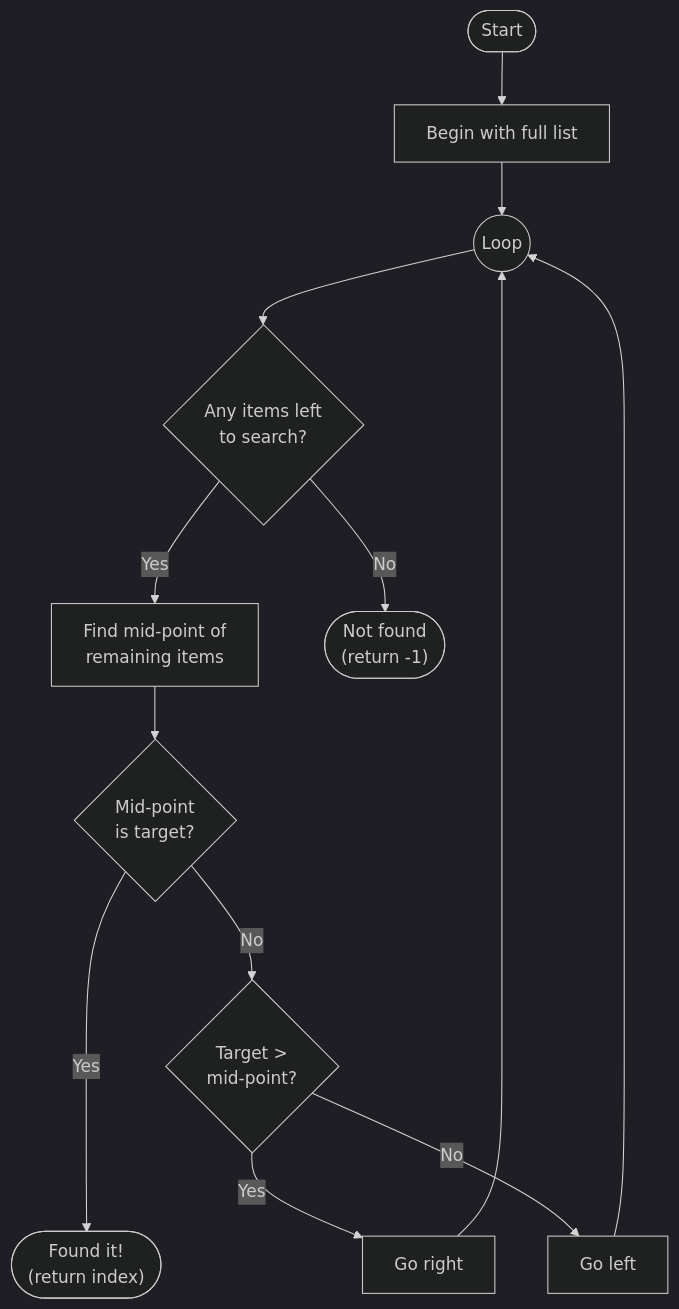
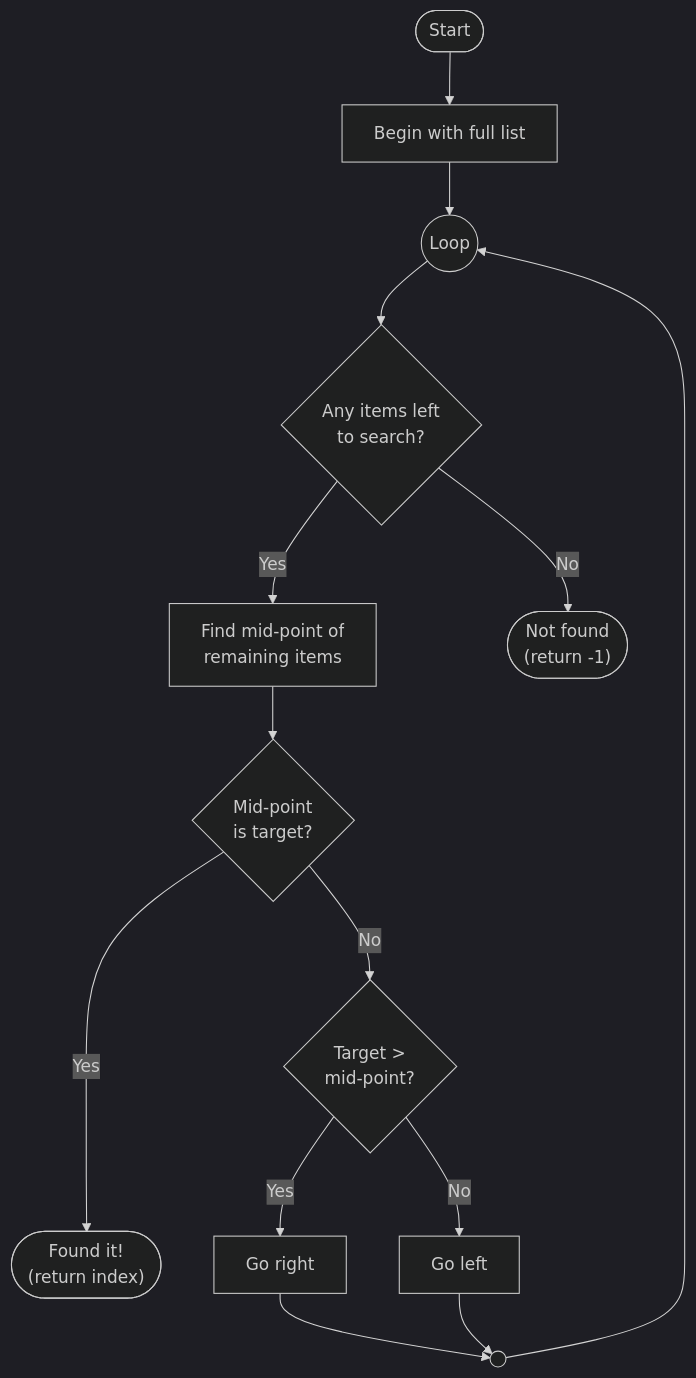
One commit to waimea-dt/how-do-i changed the second of 2 diagrams in docs/programming/algorithms/searching.md. Above: the diagram before and after it, drawn with Mermaid (dark theme). The commit also changed 2 other files, not shown here.

Commit message:
Tree traversal notes finished

````diff
--- a/docs/programming/algorithms/searching.md
+++ b/docs/programming/algorithms/searching.md
@@ -124,24 +124,26 @@
 ```mermaid
 flowchart TD
     %% Define nodes
     start(["Start"])
     init["Begin with full list"]
     loop((Loop))
     check{"Any items left<br>to search?"}
     mid["Find mid-point of<br>remaining items"]
     equal{"Mid-point<br>is target?"}
     direction{"Target ><br>mid-point?"}
     found(["Found it!<br>(return index)"])
     goRight["Go right"]
     goLeft["Go left"]
+    loopLower(( ))
     notfound(["Not found<br>(return -1)"])
 
     %% Define links
     start --> init --> loop --> check
     check -- No --> notfound
     check -- Yes --> mid --> equal
     equal -- Yes ---> found
     equal -- No --> direction
-    direction -- Yes --> goRight --> loop
-    direction -- No --> goLeft --> loop
+    direction -- Yes --> goRight --> loopLower
+    direction -- No --> goLeft --> loopLower
+    loopLower --> loop
 ```
````
